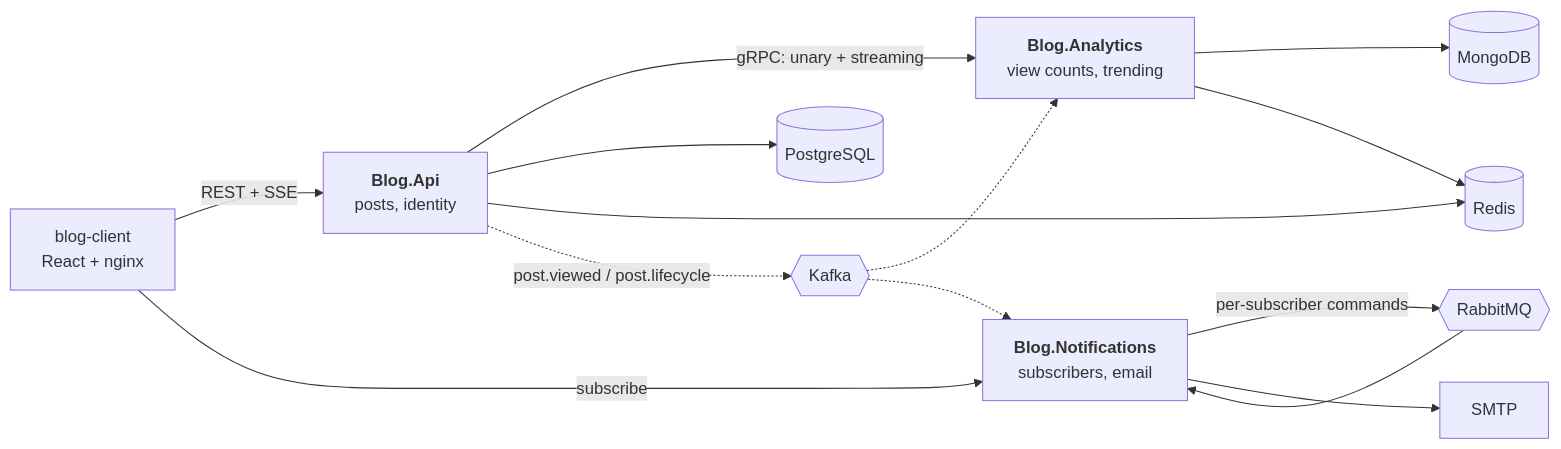
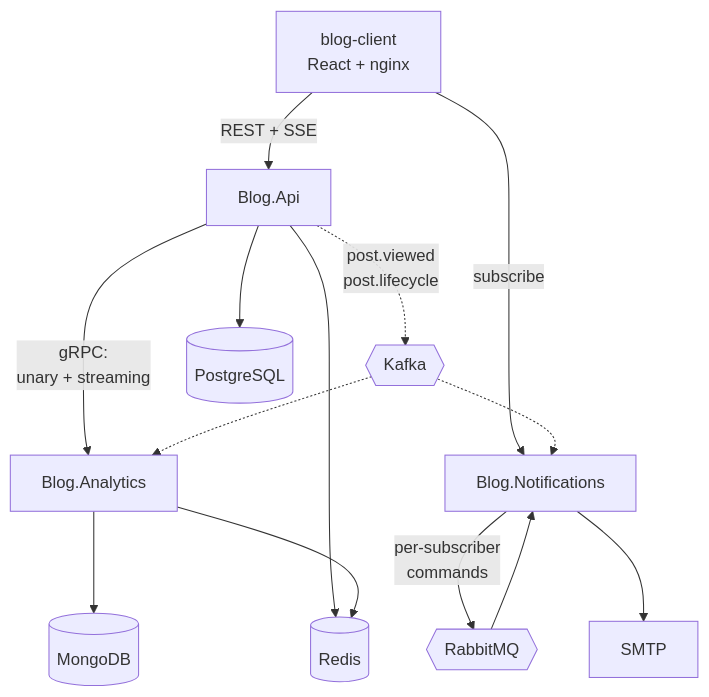
Before and after one commit to ashotptr/caligo: the diagram in README.md, drawn with Mermaid.

Commit message:
update chart

````diff
--- a/README.md
+++ b/README.md
@@ -6,32 +6,22 @@
 ```mermaid
-flowchart LR
+flowchart TB
     client["blog-client<br/>React + nginx"]
 
-    api["<b>Blog.Api</b><br/>posts, identity"]
-    analytics["<b>Blog.Analytics</b><br/>view counts, trending"]
-    notifications["<b>Blog.Notifications</b><br/>subscribers, email"]
+    client -->|REST + SSE| api["Blog.Api"]
+    client -->|subscribe| notifications["Blog.Notifications"]
 
-    pg[("PostgreSQL")]
-    redis[("Redis")]
-    mongo[("MongoDB")]
-    kafka{{Kafka}}
-    rabbit{{RabbitMQ}}
+    api -->|"gRPC:<br/>unary + streaming"| analytics["Blog.Analytics"]
+    api -.->|"post.viewed<br/>post.lifecycle"| kafka{{Kafka}}
 
-    client -->|REST + SSE| api
-    client -->|subscribe| notifications
-
-    api -->|"gRPC: unary + streaming"| analytics
-    api --> pg
-    api --> redis
-
-    api -.->|"post.viewed / post.lifecycle"| kafka
     kafka -.-> analytics
     kafka -.-> notifications
 
-    analytics --> mongo
-    analytics --> redis
-
-    notifications -->|"per-subscriber commands"| rabbit
+    notifications -->|"per-subscriber<br/>commands"| rabbit{{RabbitMQ}}
     rabbit --> notifications
     notifications --> smtp["SMTP"]
+
+    api --> pg[("PostgreSQL")]
+    api --> redis[("Redis")]
+    analytics --> mongo[("MongoDB")]
+    analytics --> redis
 ```
````
